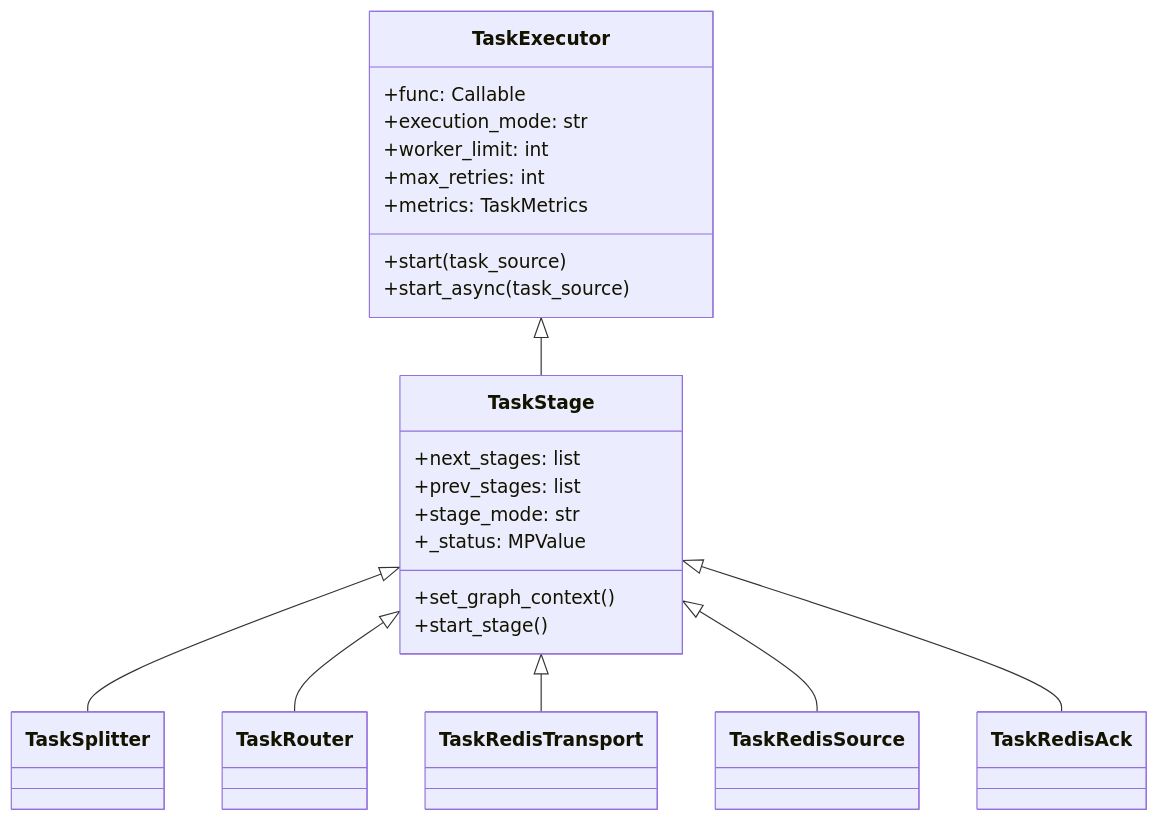
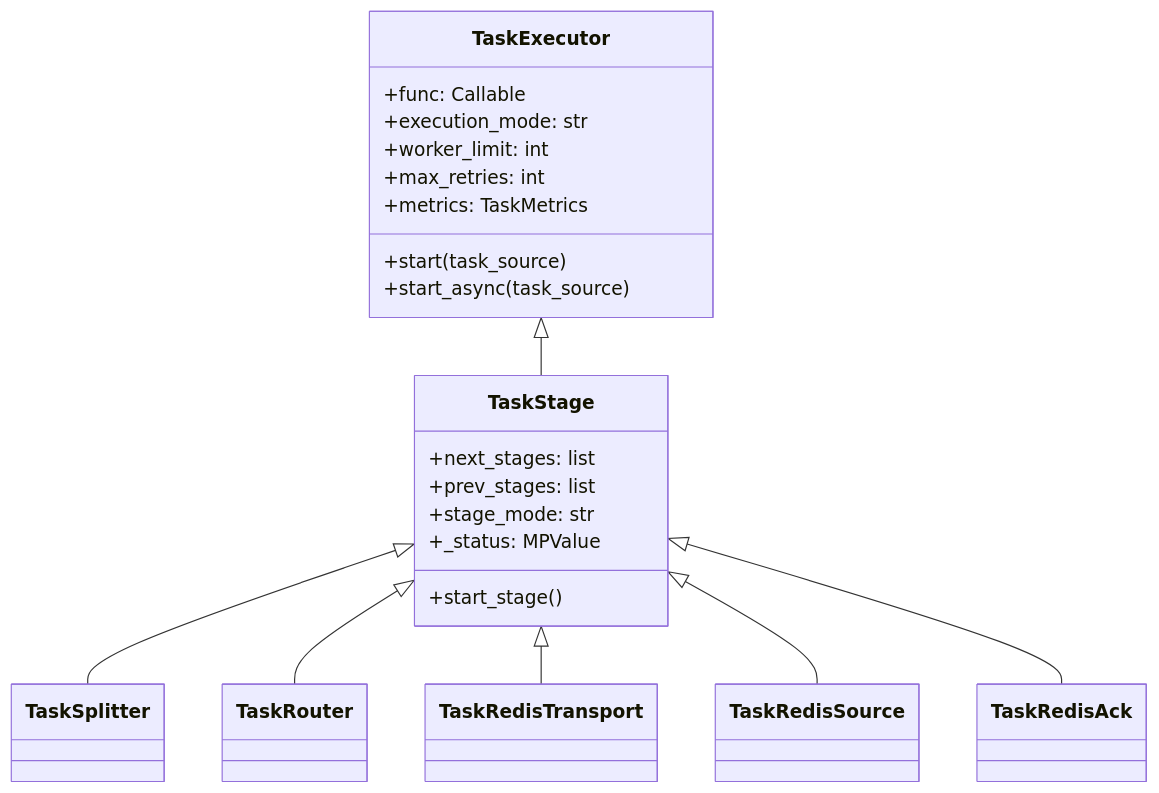
One commit to Mr-xiaotian/CelestialFlow changed the second of 9 diagrams in docs/presentation.md. Above: the diagram before and after it, drawn with Mermaid. The commit also changed other lines of this file and 8 other files, not shown here.

````diff
--- a/docs/presentation.md
+++ b/docs/presentation.md
@@ -139,28 +139,27 @@
 ```mermaid
 classDiagram
     TaskExecutor <|-- TaskStage
     TaskStage <|-- TaskSplitter
     TaskStage <|-- TaskRouter
     TaskStage <|-- TaskRedisTransport
     TaskStage <|-- TaskRedisSource
     TaskStage <|-- TaskRedisAck
 
     class TaskExecutor {
         +func: Callable
         +execution_mode: str
         +worker_limit: int
         +max_retries: int
         +metrics: TaskMetrics
         +start(task_source)
         +start_async(task_source)
     }
 
     class TaskStage {
         +next_stages: list
         +prev_stages: list
         +stage_mode: str
         +_status: MPValue
-        +set_graph_context()
         +start_stage()
     }
 ```
````
